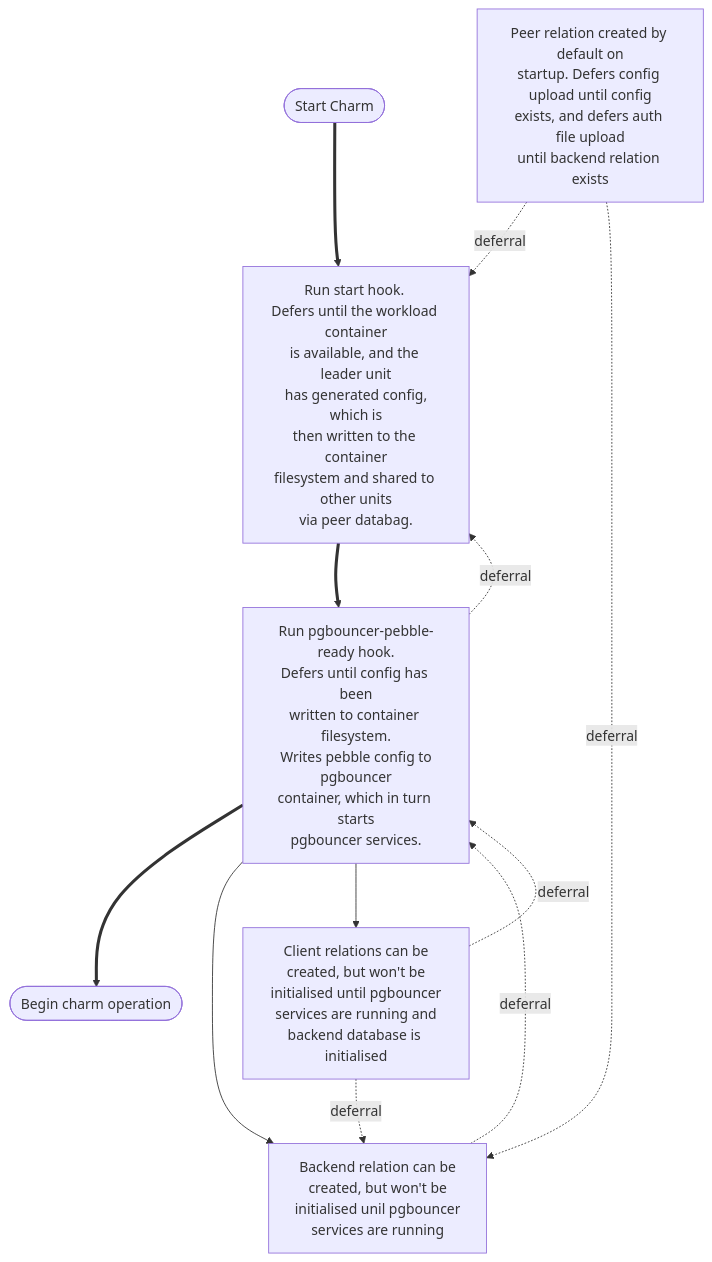
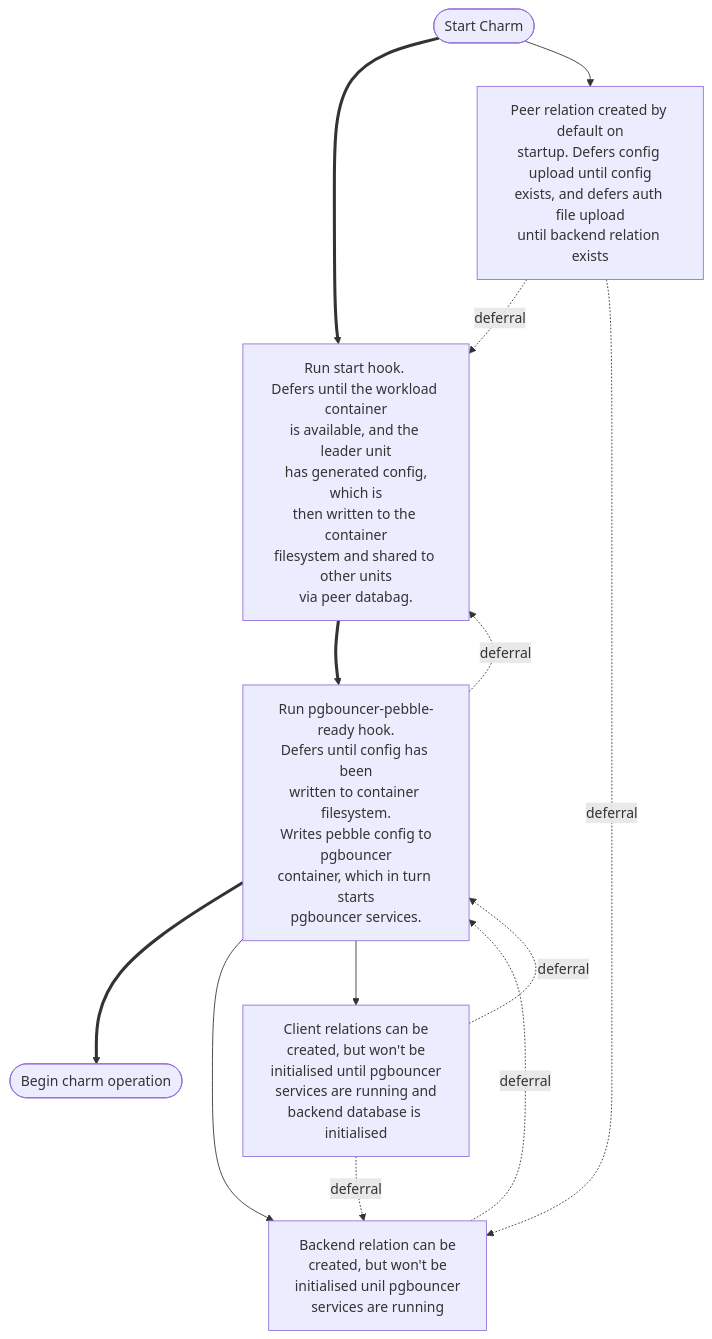
One commit to canonical/pgbouncer-k8s-operator changed the first of 3 diagrams in documentation/charm.md. Above: the diagram before and after it, drawn with Mermaid.

Commit message:
more simplificaton

````diff
--- a/documentation/charm.md
+++ b/documentation/charm.md
@@ -13,18 +13,19 @@
 ```mermaid
 flowchart TD
   start([Start Charm]) ==> start_hook
+  start --> peer_relation_created
   start_hook[Run start hook. \nDefers until the workload container\nis available, and the leader unit\n has generated config, which is\nthen written to the container\nfilesystem and shared to other units\nvia peer databag.]
   start_hook ==> pebble_ready[Run pgbouncer-pebble-ready hook.\nDefers until config has been\nwritten to container filesystem.\n Writes pebble config to pgbouncer\ncontainer, which in turn starts\npgbouncer services.]
   pebble_ready -. deferral .-> start_hook
   pebble_ready ==> begin([Begin charm operation])
   pebble_ready --> backend_database_relation_created
   pebble_ready --> client_relation_created
   backend_database_relation_created[Backend relation can be\ncreated, but won't be\ninitialised unil pgbouncer\nservices are running]
   backend_database_relation_created -. deferral .-> pebble_ready
     peer_relation_created[Peer relation created by default on\nstartup. Defers config upload until config\nexists, and defers auth file upload\nuntil backend relation exists]
   peer_relation_created -. deferral .-> start_hook
   peer_relation_created -. deferral .-> backend_database_relation_created
   client_relation_created[Client relations can be\ncreated, but won't be\ninitialised until pgbouncer\nservices are running and\nbackend database is initialised]
   client_relation_created -. deferral .-> backend_database_relation_created
   client_relation_created -. deferral .-> pebble_ready
 ```
````
